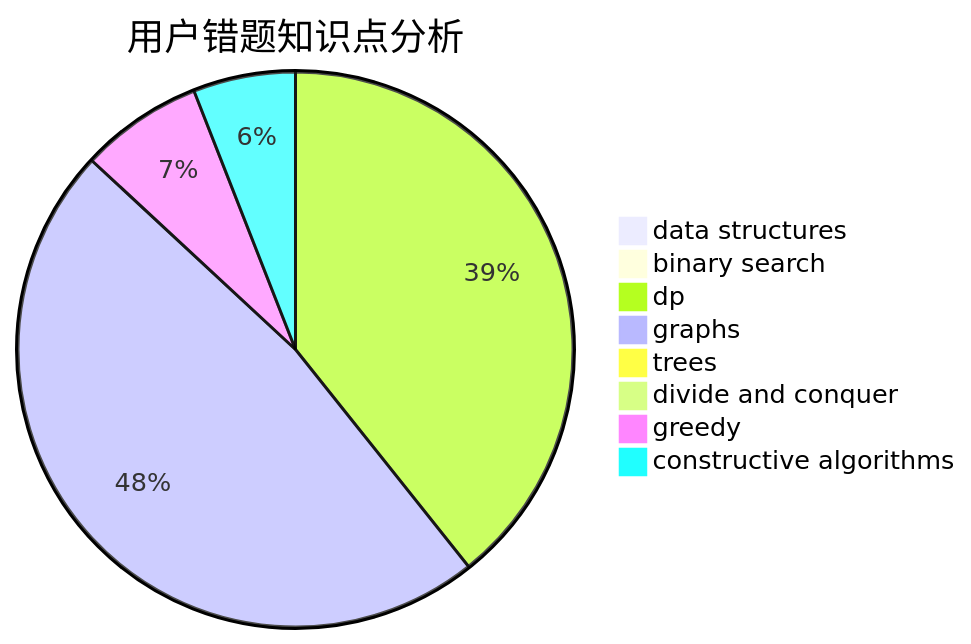
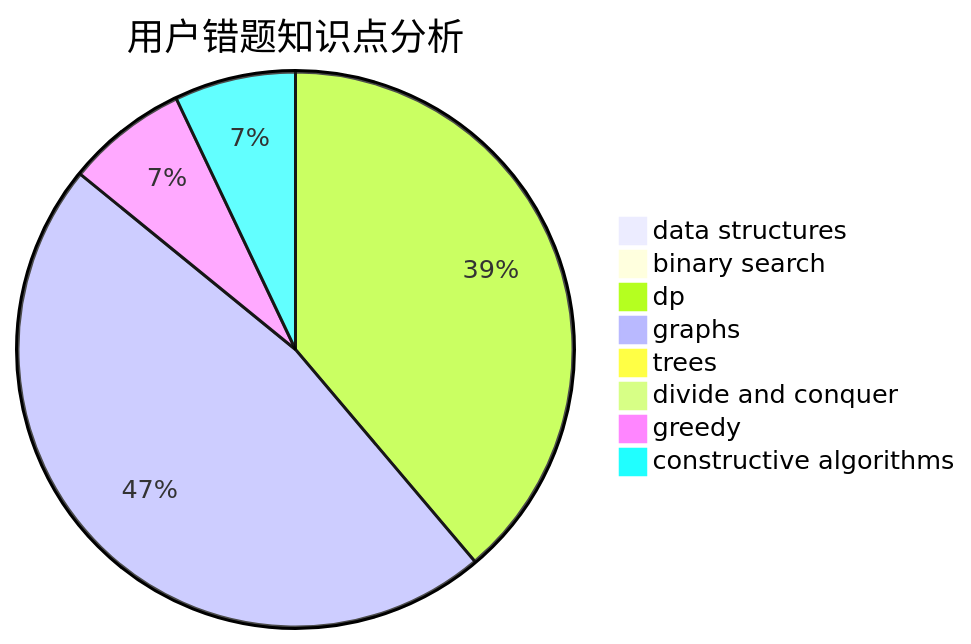
One commit to sherpahu/cfrs.github.io changed the third of 3 diagrams in docs/user/u1764.md. Above: the diagram before and after it, drawn with Mermaid. The commit also changed other lines of this file and 2770 other files, not shown here.

````diff
--- a/docs/user/u1764.md
+++ b/docs/user/u1764.md
@@ -36,11 +36,11 @@
 ```mermaid
 pie title 用户错题知识点分析
     "data structures" :  0
     "binary search" :  0
     "dp" :  33
     "graphs" :  40
     "trees" :  0
     "divide and conquer" :  0
     "greedy" :  6
-    "constructive algorithms" :  5
+    "constructive algorithms" :  6
 ```
````
